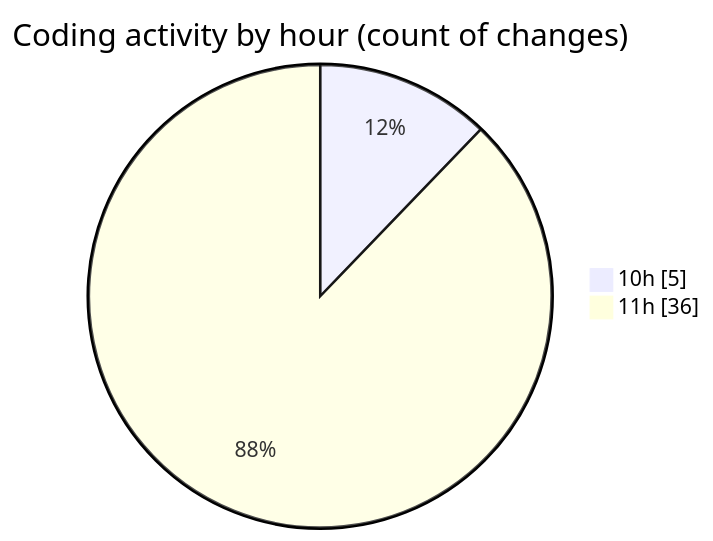
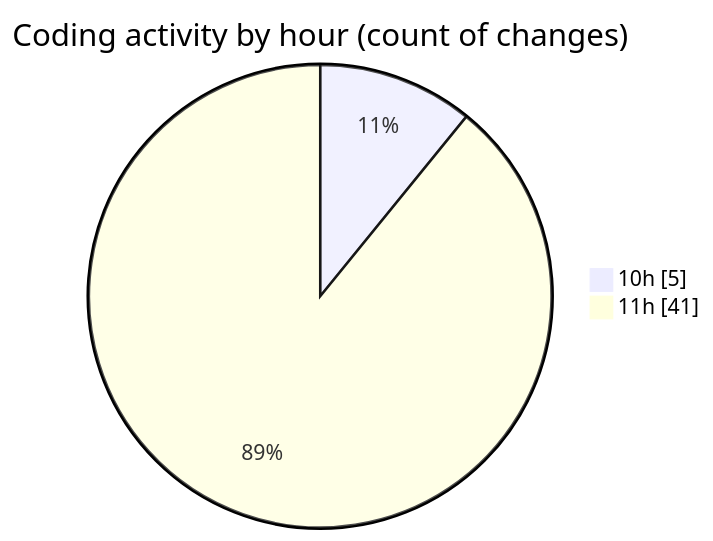
One commit to momahboobian/code-tracking changed the second of 2 diagrams in 2025-06-17/cda/README.md. Above: the diagram before and after it, drawn with Mermaid. The commit also changed other lines of this file and 1 other file, not shown here.

````diff
--- a/2025-06-17/cda/README.md
+++ b/2025-06-17/cda/README.md
@@ -29,6 +29,6 @@
 ```mermaid
 pie showData
 title Coding activity by hour (count of changes)
 "10h" : 5
-"11h" : 36
+"11h" : 41
 ```
````
